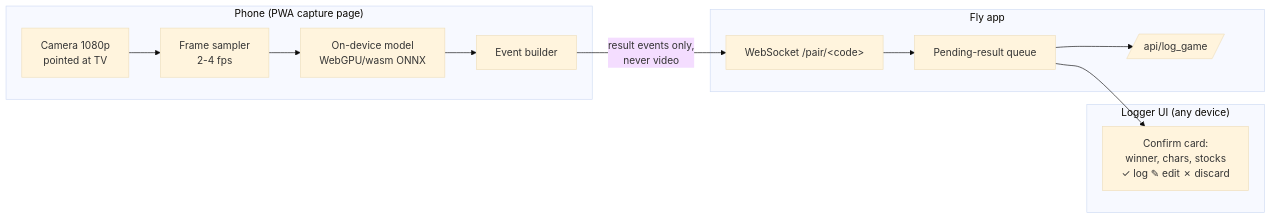
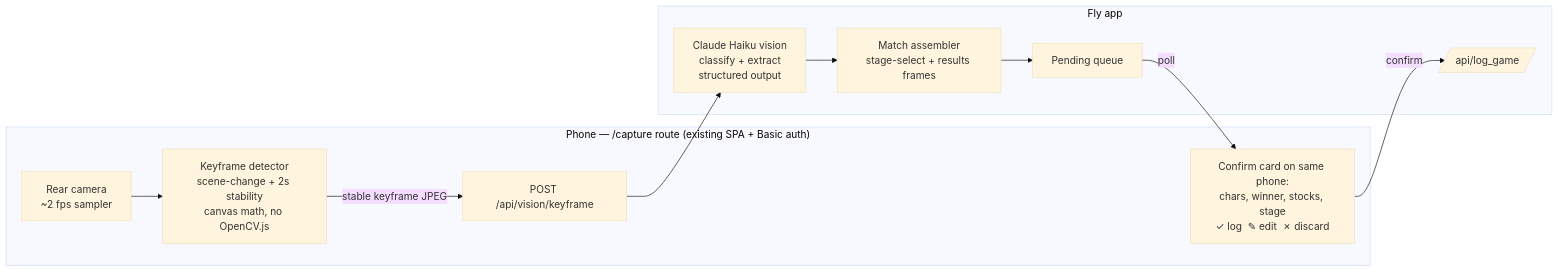
One commit to 0xHarrington/ssbu-match-logging changed the second of 2 diagrams in docs/ROADMAP.md. Above: the diagram before and after it, drawn with Mermaid (base theme). The commit also changed other lines of this file and 13 other files, not shown here.

First line of the commit message:
Auto-logging V0: hands-free phone capture + VLM extraction (plans/010) (#9)

````diff
--- a/docs/ROADMAP.md
+++ b/docs/ROADMAP.md
@@ -246,17 +248,14 @@
 ```mermaid
 flowchart LR
-    subgraph phone["Phone (PWA capture page)"]
-        CAM[Camera 1080p\npointed at TV] --> FE[Frame sampler\n2-4 fps]
-        FE --> M[On-device model\nWebGPU/wasm ONNX]
-        M --> EV[Event builder]
+    subgraph phone["Phone — /capture route (existing SPA + Basic auth)"]
+        CAM[Rear camera\n~2 fps sampler] --> KF[Keyframe detector\nscene-change + 2s stability\ncanvas math, no OpenCV.js]
+        KF -->|stable keyframe JPEG| UP[POST /api/vision/keyframe]
+        C[Confirm card on same phone:\nchars, winner, stocks, stage\n✓ log  ✎ edit  ✗ discard]
     end
     subgraph server["Fly app"]
-        WS[WebSocket /pair/&lt;code&gt;] --> Q[Pending-result queue]
-        Q --> API[/api/log_game/]
+        UP --> EX[Claude Haiku vision\nclassify + extract\nstructured output]
+        EX --> ASM[Match assembler\nstage-select + results frames]
+        ASM --> Q[Pending queue] -->|poll| C
+        C -->|confirm| API[/api/log_game/]
     end
-    subgraph desk["Logger UI (any device)"]
-        C[Confirm card:\nwinner, chars, stocks\n✓ log  ✎ edit  ✗ discard]
-    end
-    EV -->|result events only,\nnever video| WS
-    Q --> C
 ```
````
